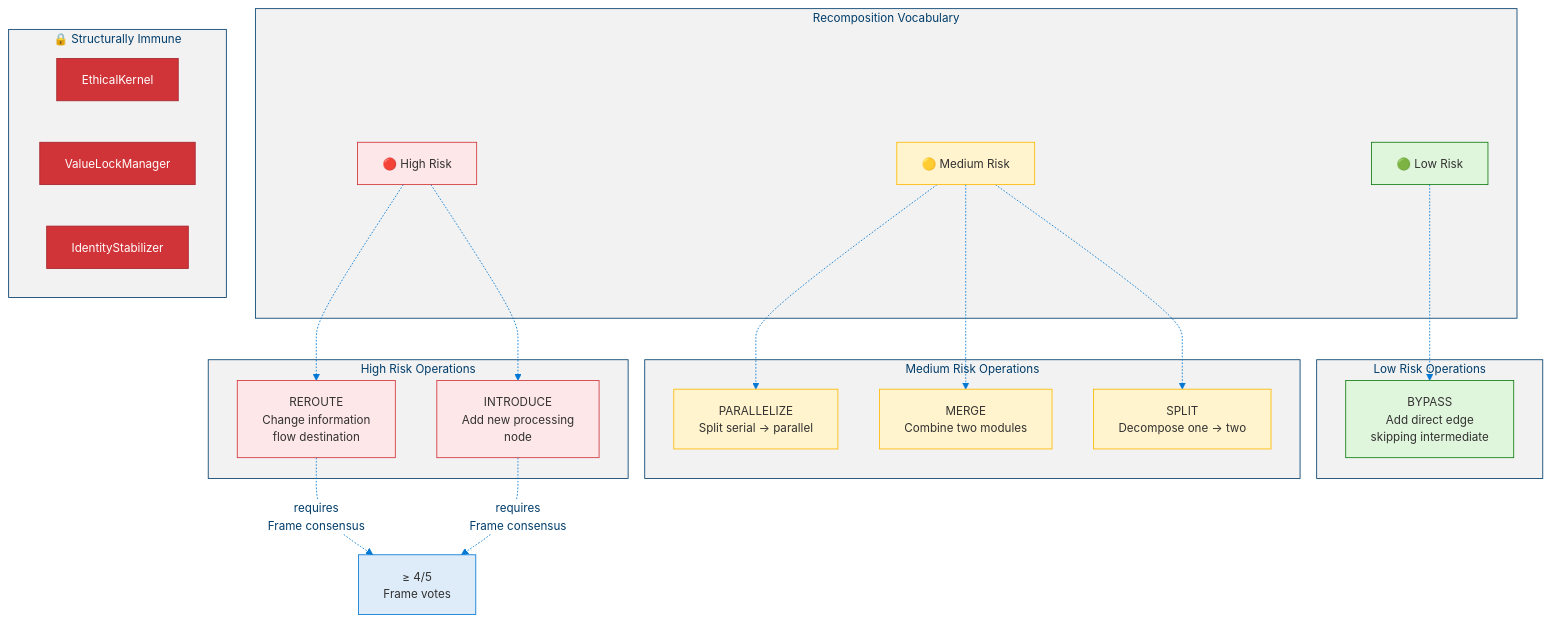
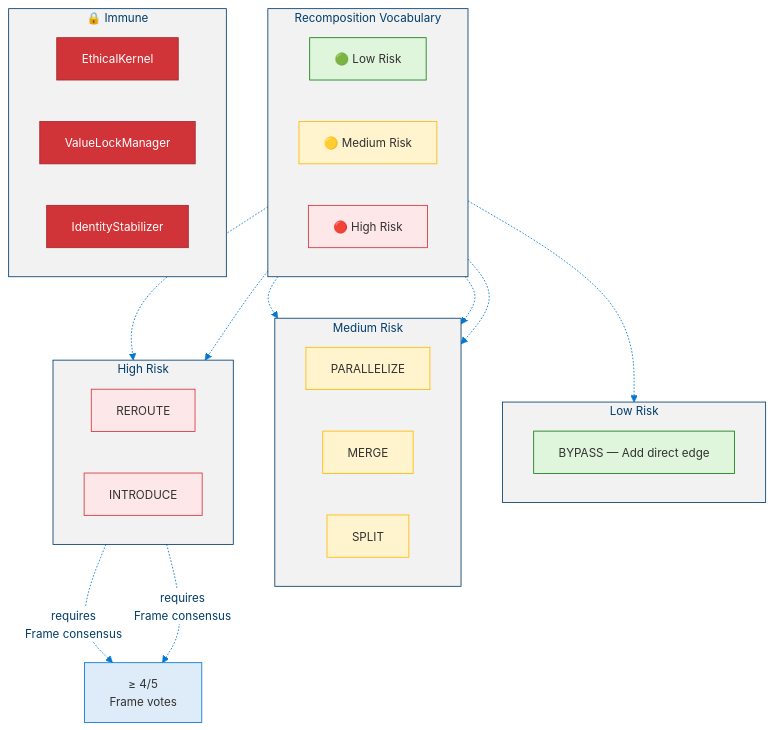
The fifth of 12 diagrams in docs/levels/Level_4_5_Self_Architecting.md (dotnetpower/mscp), drawn with Mermaid before and after one commit. The commit also changed other lines of this file and 10 other files, not shown here.

````diff
--- a/docs/levels/Level_4_5_Self_Architecting.md
+++ b/docs/levels/Level_4_5_Self_Architecting.md
@@ -228,48 +228,53 @@
 ```mermaid
 %%{init: {'theme': 'base', 'themeVariables': {'primaryColor': '#0078D4', 'primaryTextColor': '#003D6B', 'primaryBorderColor': '#003D6B', 'secondaryColor': '#50E6FF', 'secondaryTextColor': '#323130', 'secondaryBorderColor': '#00BCF2', 'tertiaryColor': '#F2F2F2', 'tertiaryTextColor': '#323130', 'lineColor': '#0078D4', 'textColor': '#323130', 'mainBkg': '#DEECF9', 'nodeBorder': '#0078D4', 'clusterBkg': '#F2F2F2', 'clusterBorder': '#003D6B', 'titleColor': '#003D6B', 'edgeLabelBackground': '#FFFFFF', 'fontSize': '14px'}}}%%
 flowchart TD
   classDef low fill:#DFF6DD,stroke:#107C10,color:#323130
   classDef med fill:#FFF4CE,stroke:#FFB900,color:#323130
   classDef high fill:#FDE7E9,stroke:#D13438,color:#323130
   classDef immune fill:#D13438,stroke:#A4262C,color:#FFF
   classDef consensus fill:#DEECF9,stroke:#0078D4,color:#323130
 
   subgraph Types["Recomposition Vocabulary"]
+    direction LR
     T_LOW["🟢 Low Risk"]:::low
     T_MED["🟡 Medium Risk"]:::med
     T_HIGH["🔴 High Risk"]:::high
   end
 
-  subgraph LowR["Low Risk Operations"]
-    BYPASS["BYPASS<br/>Add direct edge<br/>skipping intermediate"]:::low
+  subgraph LowR["Low Risk"]
+    direction LR
+    BYPASS["BYPASS — Add direct edge"]:::low
   end
 
-  subgraph MedR["Medium Risk Operations"]
-    PARA["PARALLELIZE<br/>Split serial → parallel"]:::med
-    MERGE["MERGE<br/>Combine two modules"]:::med
-    SPLIT["SPLIT<br/>Decompose one → two"]:::med
+  subgraph MedR["Medium Risk"]
+    direction LR
+    PARA["PARALLELIZE"]:::med
+    MERGE["MERGE"]:::med
+    SPLIT["SPLIT"]:::med
   end
 
-  subgraph HighR["High Risk Operations"]
-    REROUTE["REROUTE<br/>Change information<br/>flow destination"]:::high
-    INTRODUCE["INTRODUCE<br/>Add new processing<br/>node"]:::high
+  subgraph HighR["High Risk"]
+    direction LR
+    REROUTE["REROUTE"]:::high
+    INTRODUCE["INTRODUCE"]:::high
   end
 
-  subgraph Immune["🔒 Structurally Immune"]
+  subgraph Immune["🔒 Immune"]
+    direction LR
     IMM1["EthicalKernel"]:::immune
     IMM2["ValueLockManager"]:::immune
     IMM3["IdentityStabilizer"]:::immune
   end
 
   FC["≥ 4/5<br/>Frame votes"]:::consensus
 
   T_LOW -.-> BYPASS
   T_MED -.-> PARA
   T_MED -.-> MERGE
   T_MED -.-> SPLIT
   T_HIGH -.-> REROUTE
   T_HIGH -.-> INTRODUCE
 
   REROUTE -.->|"requires<br/>Frame consensus"| FC
   INTRODUCE -.->|"requires<br/>Frame consensus"| FC
 ```
````
